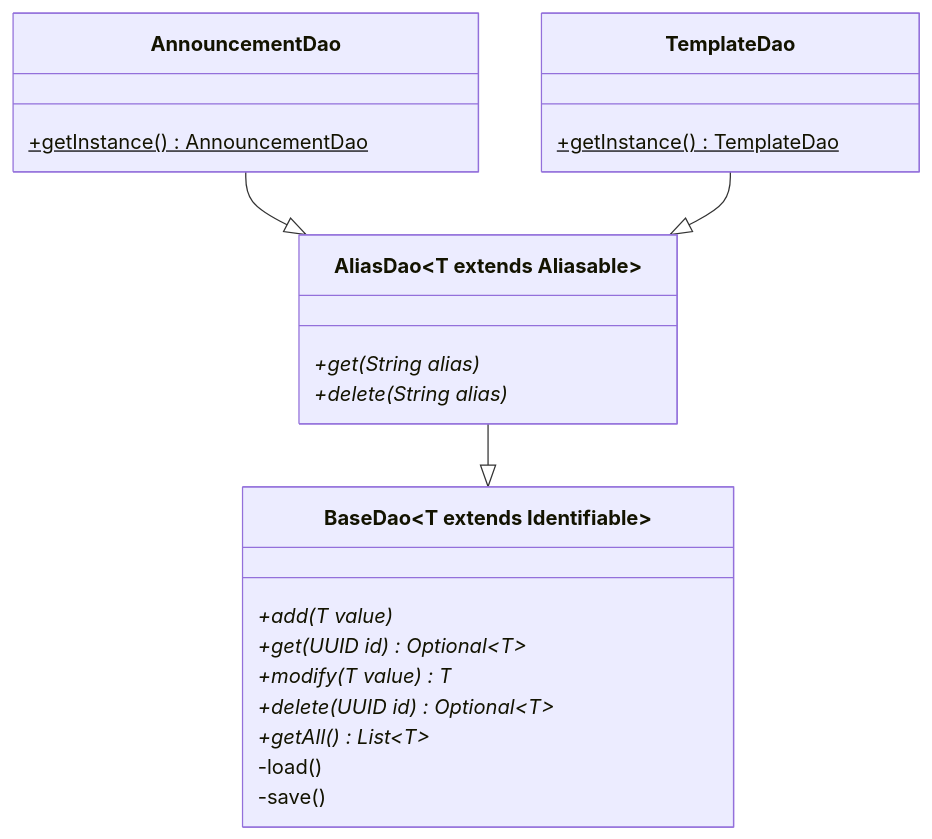
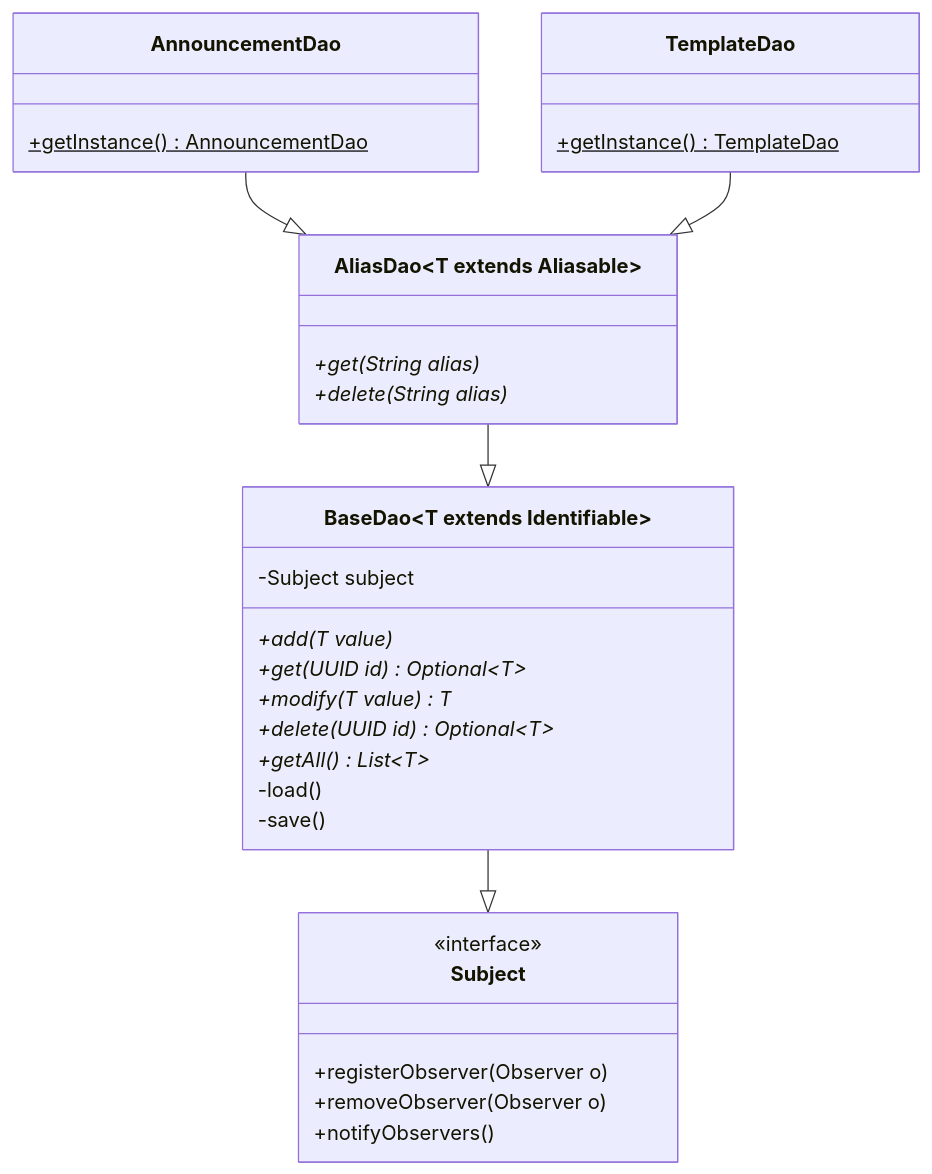
One commit to nanoyou/MaidNana changed the second of 3 diagrams in docs/class-diagram.md. Above: the diagram before and after it, drawn with Mermaid.

Commit message:
docs: 添加观察者类

````diff
--- a/docs/class-diagram.md
+++ b/docs/class-diagram.md
@@ -41,25 +41,33 @@
 ```mermaid
 classDiagram
+class Subject {
+    <<interface>>
+    +registerObserver(Observer o)
+    +removeObserver(Observer o)
+    +notifyObservers()
+}
 class BaseDao~T extends Identifiable~ {
     +add(T value)*
     +get(UUID id)* Optional~T~
     +modify(T value)* T
     +delete(UUID id)* Optional~T~
     +getAll()* List~T~
     -load()
     -save()
+    -Subject subject
 }
+BaseDao --|> Subject
 class AliasDao~T extends Aliasable~ {
     +get(String alias)*
     +delete(String alias)*
 }
 AliasDao --|> BaseDao
 class AnnouncementDao {
     +getInstance()$ AnnouncementDao
 }
 AnnouncementDao --|> AliasDao
 class TemplateDao {
     +getInstance()$ TemplateDao
 }
 TemplateDao --|> AliasDao
 ```
````
